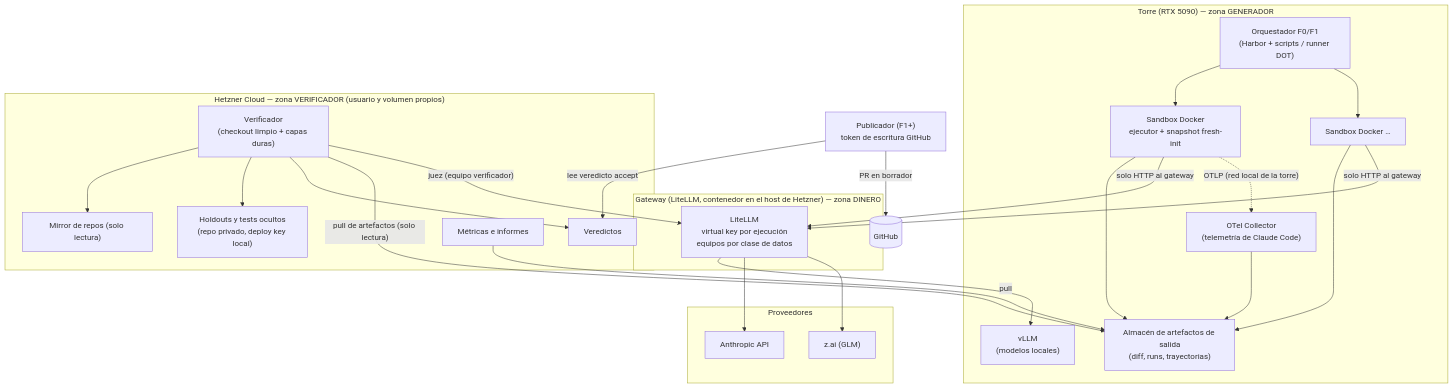
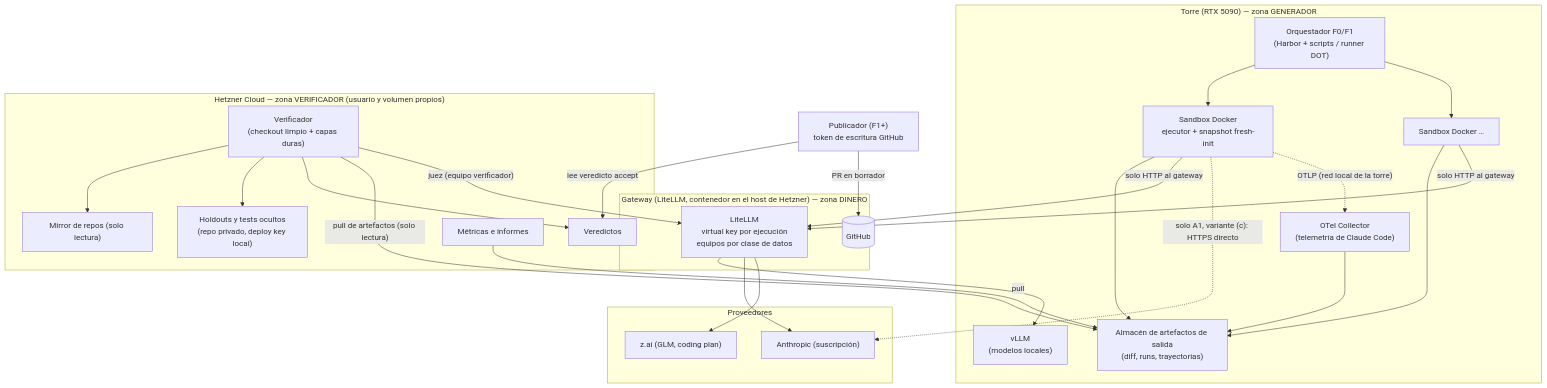
Before and after one commit to romerox3/software-factory: the first of 3 diagrams in docs/02-architecture.md, drawn with Mermaid. The commit also changed other lines of this file and 11 other files, not shown here.

````diff
--- a/docs/02-architecture.md
+++ b/docs/02-architecture.md
@@ -21,39 +21,40 @@
 ```mermaid
 flowchart TB
   subgraph TORRE["Torre (RTX 5090) — zona GENERADOR"]
     ORQ["Orquestador F0/F1<br/>(Harbor + scripts / runner DOT)"]
     SB1["Sandbox Docker<br/>ejecutor + snapshot fresh-init"]
     SB2["Sandbox Docker …"]
     VLLM["vLLM<br/>(modelos locales)"]
     ART["Almacén de artefactos de salida<br/>(diff, runs, trayectorias)"]
     OTEL["OTel Collector<br/>(telemetría de Claude Code)"]
     ORQ --> SB1 & SB2
     SB1 & SB2 --> ART
     OTEL --> ART
   end
   subgraph GW["Gateway (LiteLLM, contenedor en el host de Hetzner) — zona DINERO"]
     LL["LiteLLM<br/>virtual key por ejecución<br/>equipos por clase de datos"]
   end
   subgraph HZ["Hetzner Cloud — zona VERIFICADOR (usuario y volumen propios)"]
     VER["Verificador<br/>(checkout limpio + capas duras)"]
     MIR["Mirror de repos (solo lectura)"]
     HOLD["Holdouts y tests ocultos<br/>(repo privado, deploy key local)"]
     VERD["Veredictos"]
     REP["Métricas e informes"]
     VER --> MIR & HOLD
     VER --> VERD
   end
   subgraph EXT["Proveedores"]
-    ANT["Anthropic API"]
-    ZAI["z.ai (GLM)"]
+    ANT["Anthropic (suscripción)"]
+    ZAI["z.ai (GLM, coding plan)"]
   end
   SB1 & SB2 -- "solo HTTP al gateway" --> LL
+  SB1 -. "solo A1, variante (c): HTTPS directo" .-> ANT
   LL --> VLLM
   LL --> ANT & ZAI
   VER -- "pull de artefactos (solo lectura)" --> ART
   VER -- "juez (equipo verificador)" --> LL
   SB1 -. "OTLP (red local de la torre)" .-> OTEL
   REP -- "pull" --> ART
   PUB["Publicador (F1+)<br/>token de escritura GitHub"] -- "lee veredicto accept" --> VERD
   PUB -- "PR en borrador" --> GH[(GitHub)]
 ```
````
